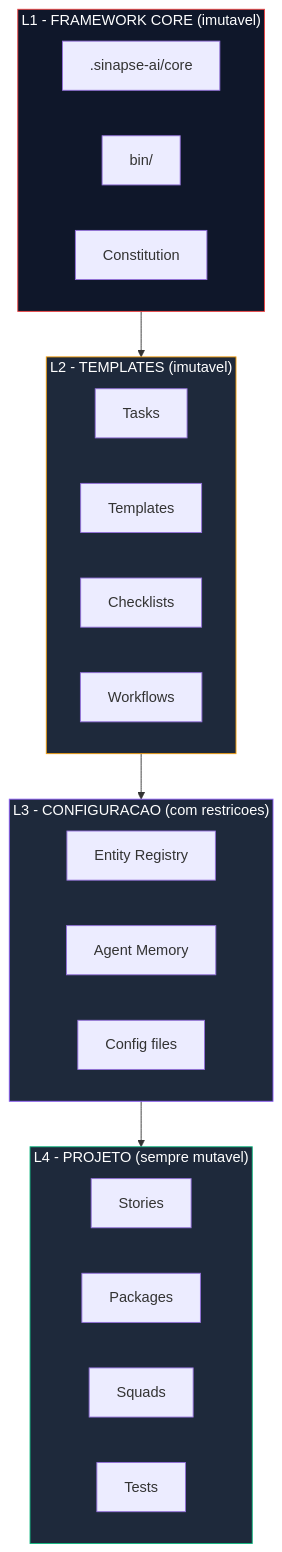
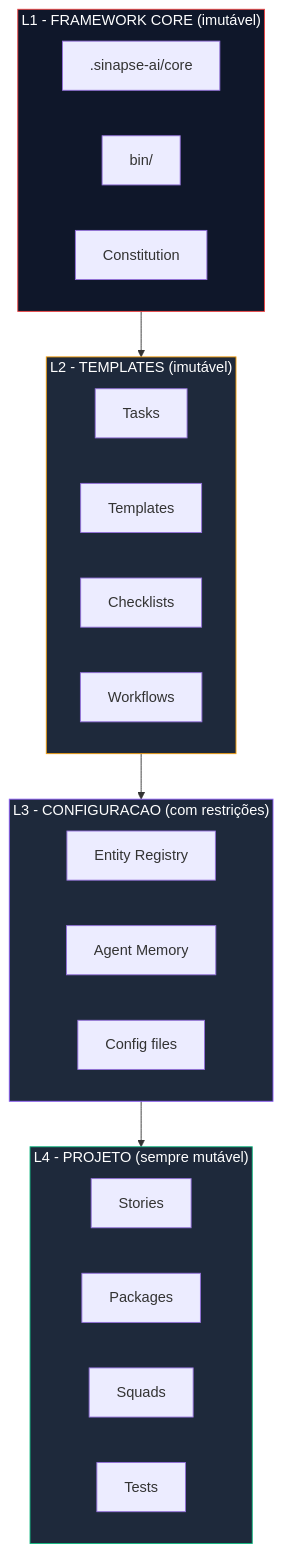
Before and after one commit to caioimori/sinapse-ai: the first of 2 diagrams in README.md, drawn with Mermaid. The commit also changed other lines of this file and 1 other file, not shown here.

````diff
--- a/README.md
+++ b/README.md
@@ -172,32 +172,32 @@
 ```mermaid
 graph TB
-    subgraph L4["L4 - PROJETO (sempre mutavel)"]
+    subgraph L4["L4 - PROJETO (sempre mutável)"]
         L4A[Stories]
         L4B[Packages]
         L4C[Squads]
         L4D[Tests]
     end
-    subgraph L3["L3 - CONFIGURACAO (com restricoes)"]
+    subgraph L3["L3 - CONFIGURACAO (com restrições)"]
         L3A[Entity Registry]
         L3B[Agent Memory]
         L3C[Config files]
     end
-    subgraph L2["L2 - TEMPLATES (imutavel)"]
+    subgraph L2["L2 - TEMPLATES (imutável)"]
         L2A[Tasks]
         L2B[Templates]
         L2C[Checklists]
         L2D[Workflows]
     end
-    subgraph L1["L1 - FRAMEWORK CORE (imutavel)"]
+    subgraph L1["L1 - FRAMEWORK CORE (imutável)"]
         L1A[.sinapse-ai/core]
         L1B[bin/]
         L1C[Constitution]
     end
 
     L1 --> L2 --> L3 --> L4
 
     style L1 fill:#0f172a,stroke:#ef4444,color:#fff
     style L2 fill:#1e293b,stroke:#f59e0b,color:#fff
     style L3 fill:#1e293b,stroke:#8b5cf6,color:#fff
     style L4 fill:#1e293b,stroke:#10b981,color:#fff
 ```
````
